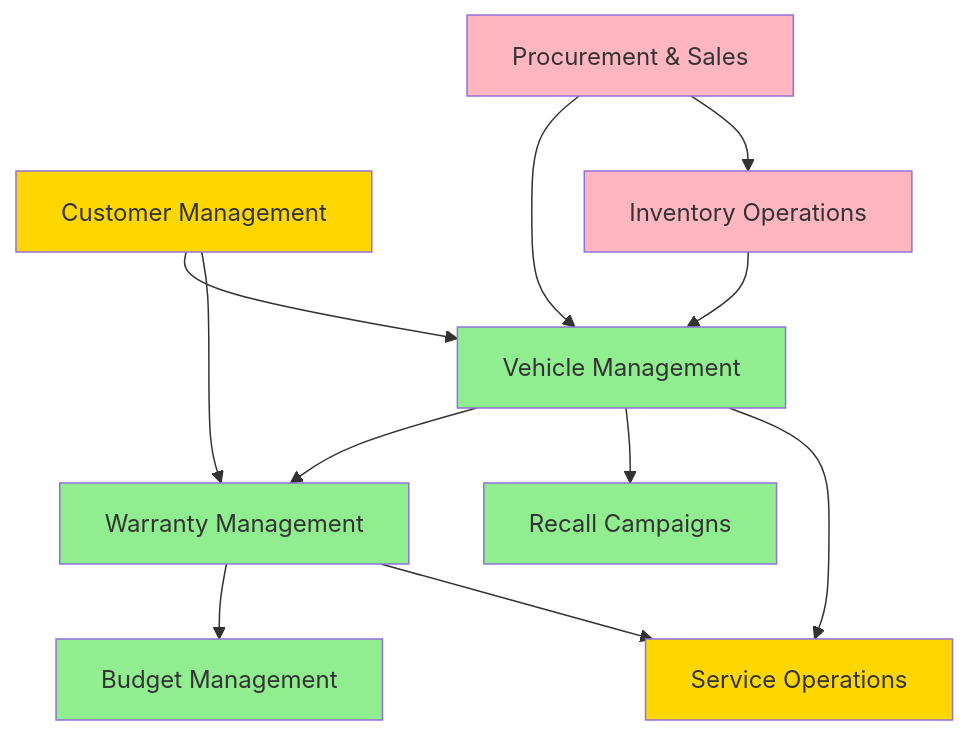
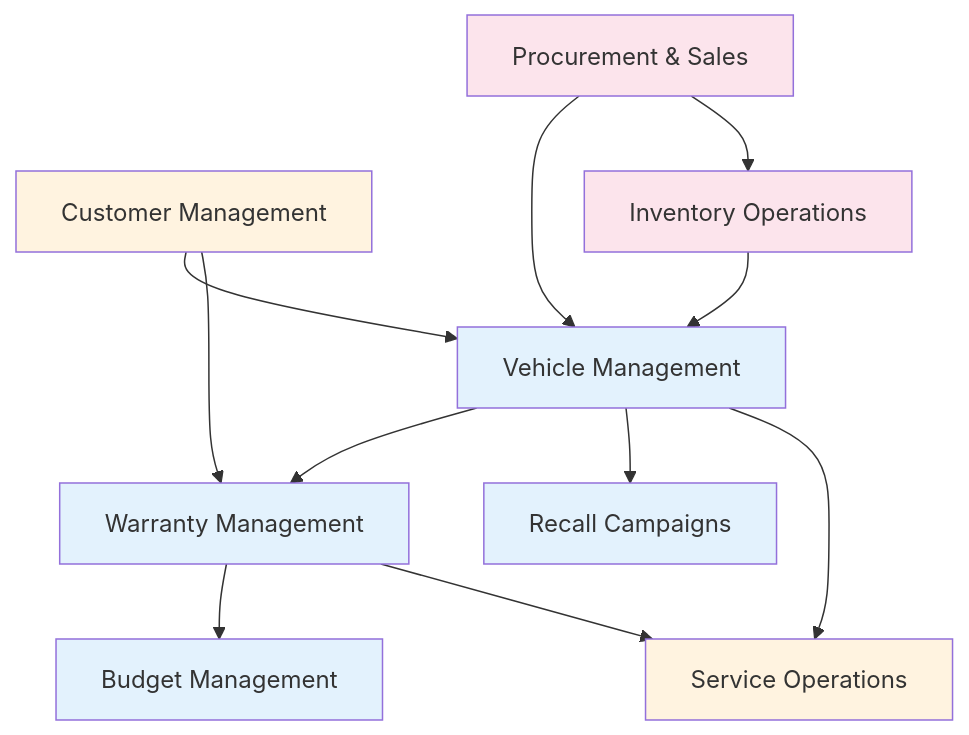
One commit to Encollab/vmsdocs changed the diagram in docs/modules/index.md. Above: the diagram before and after it, drawn with Mermaid. The commit also changed other lines of this file and 5 other files, not shown here.

````diff
--- a/docs/modules/index.md
+++ b/docs/modules/index.md
@@ -61,31 +51,31 @@
 ```mermaid
 graph TB
     VM[Vehicle Management]
     WM[Warranty Management]
     BM[Budget Management]
     RC[Recall Campaigns]
     SO[Service Operations]
     CM[Customer Management]
     PS[Procurement & Sales]
     IO[Inventory Operations]
     
     VM --> WM
     VM --> RC
     VM --> SO
     WM --> BM
     WM --> SO
     CM --> VM
     CM --> WM
     PS --> VM
     PS --> IO
     IO --> VM
     
-    style VM fill:#90EE90
-    style WM fill:#90EE90
-    style BM fill:#90EE90
-    style RC fill:#90EE90
-    style SO fill:#FFD700
-    style CM fill:#FFD700
-    style PS fill:#FFB6C1
-    style IO fill:#FFB6C1
+    style VM fill:#e3f2fd
+    style WM fill:#e3f2fd
+    style BM fill:#e3f2fd
+    style RC fill:#e3f2fd
+    style SO fill:#fff3e0
+    style CM fill:#fff3e0
+    style PS fill:#fce4ec
+    style IO fill:#fce4ec
 ```
````
